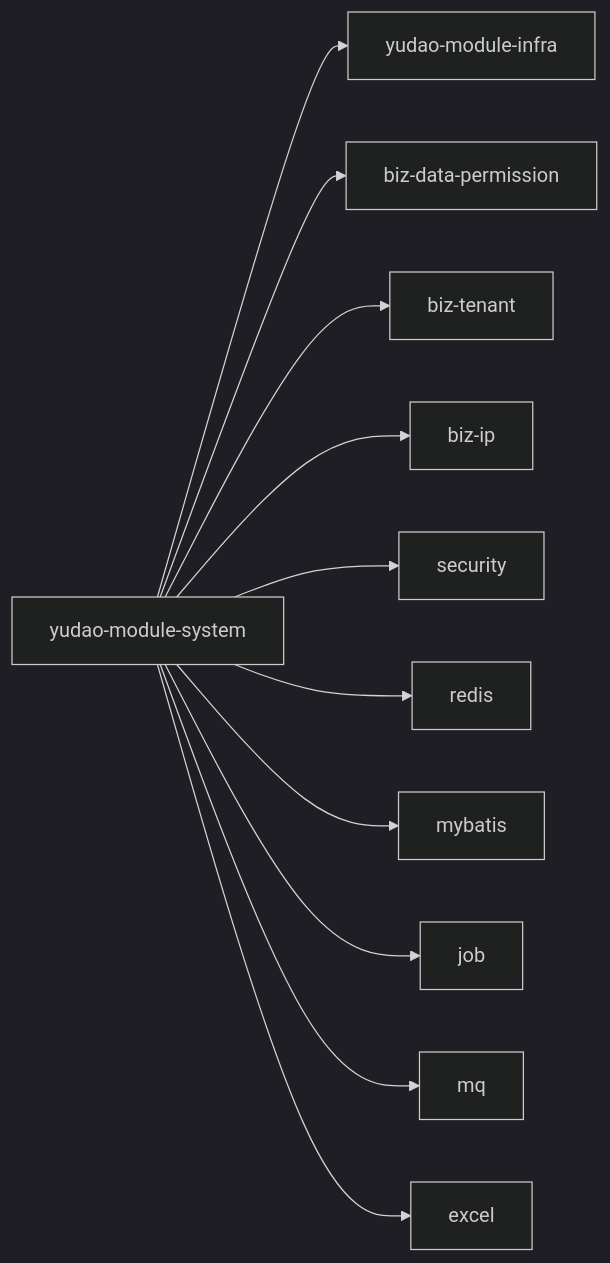
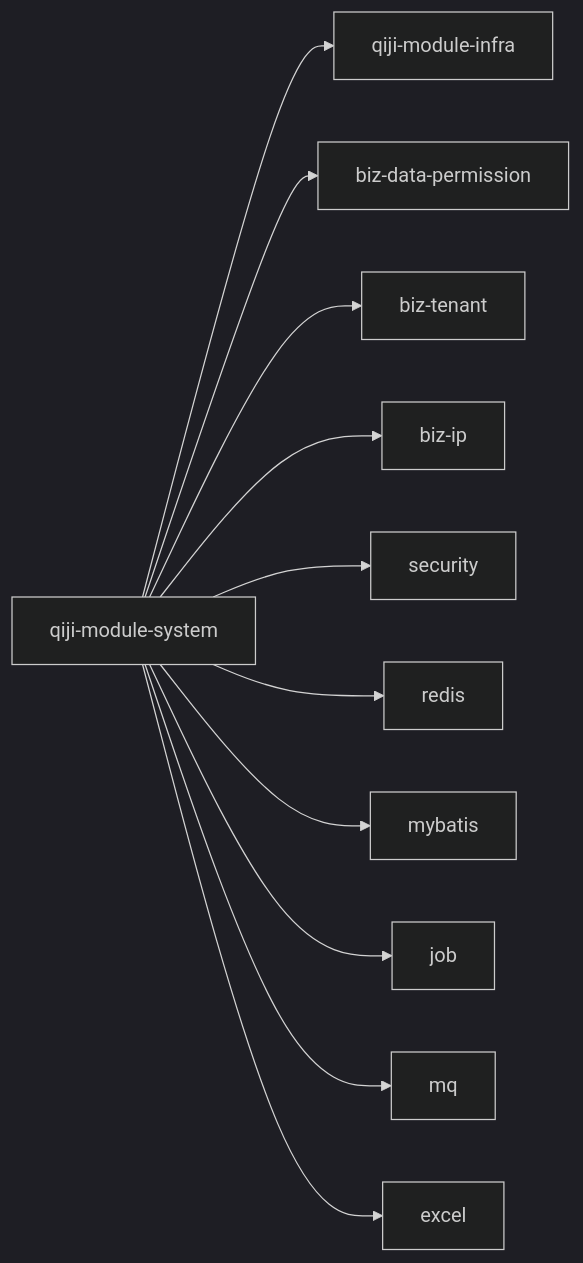
The eighth of 8 diagrams in backend/.qoder/repowiki/zh/content/核心业务模块/系统管理模块/用户管理.md (zhuangpengLI/AgenticCPS), drawn with Mermaid (dark theme) before and after one commit. The commit also changed other lines of this file and 3489 other files, not shown here.

````diff
--- a/backend/.qoder/repowiki/zh/content/核心业务模块/系统管理模块/用户管理.md
+++ b/backend/.qoder/repowiki/zh/content/核心业务模块/系统管理模块/用户管理.md
@@ -323,13 +323,13 @@
 ```mermaid
 graph LR
-SYS["yudao-module-system"] --> INFRA["yudao-module-infra"]
+SYS["qiji-module-system"] --> INFRA["qiji-module-infra"]
 SYS --> DATA_PERM["biz-data-permission"]
 SYS --> TENANT["biz-tenant"]
 SYS --> IP["biz-ip"]
 SYS --> SECURITY["security"]
 SYS --> REDIS["redis"]
 SYS --> MYBATIS["mybatis"]
 SYS --> JOB["job"]
 SYS --> MQ["mq"]
 SYS --> EXCEL["excel"]
 ```
````
